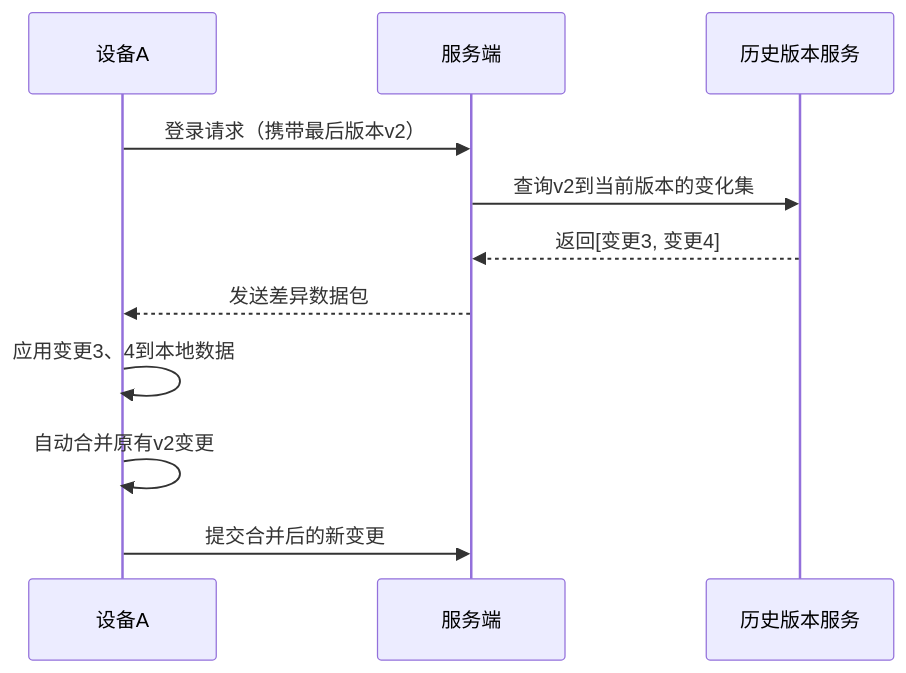
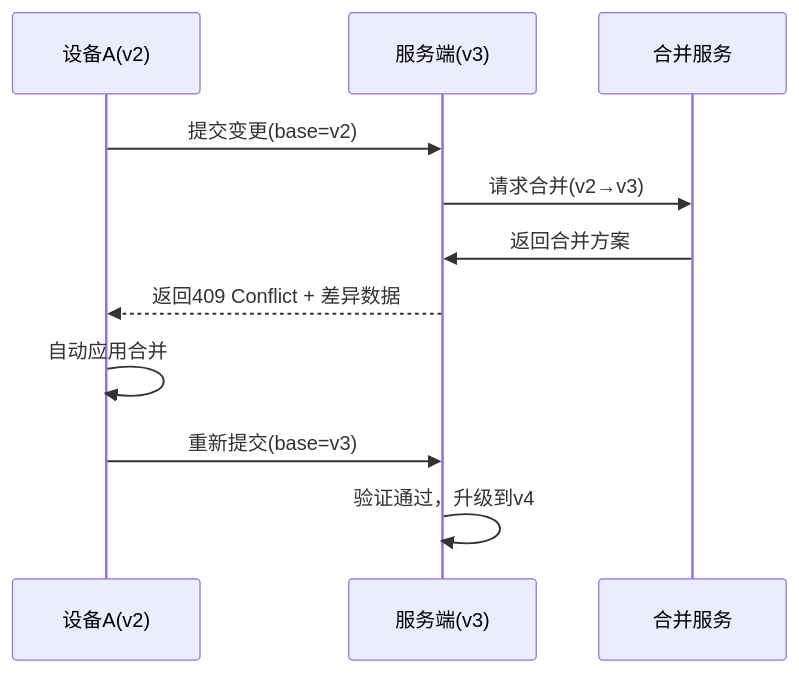
One commit to yingjianzh/iodraw-files changed the diagram in all/未命名-24.md. Above: the diagram before and after it, drawn with Mermaid.

Commit message:
2025-02-24 10:39:05 update

````diff
--- a/all/未命名-24.md
+++ b/all/未命名-24.md
@@ -1,14 +1,14 @@
 ```mermaid
 sequenceDiagram
-    participant A as 设备A
-    participant S as 服务端
-    participant H as 历史版本服务
+    participant A as 设备A(v2)
+    participant S as 服务端(v3)
+    participant M as 合并服务
 
-    A->>S: 登录请求（携带最后版本v2）
-    S->>H: 查询v2到当前版本的变化集
-    H-->>S: 返回[变更3, 变更4]
-    S-->>A: 发送差异数据包
-    A->>A: 应用变更3、4到本地数据
-    A->>A: 自动合并原有v2变更
-    A->>S: 提交合并后的新变更
+    A->>S: 提交变更(base=v2)
+    S->>M: 请求合并(v2→v3)
+    M->>S: 返回合并方案
+    S-->>A: 返回409 Conflict + 差异数据
+    A->>A: 自动应用合并
+    A->>S: 重新提交(base=v3)
+    S->>S: 验证通过，升级到v4
 ```
````
